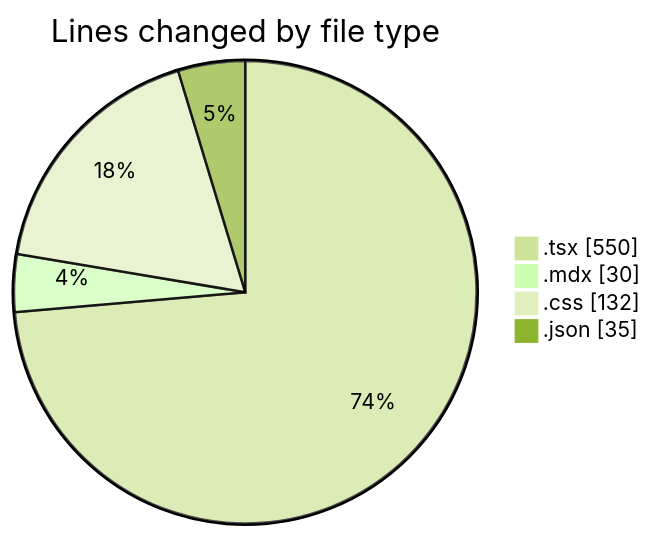
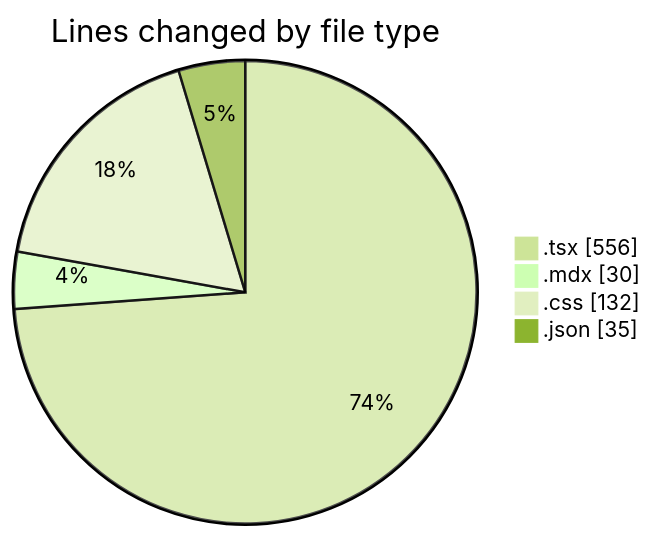
Before and after one commit to Elitesun/code-tracking: the first of 2 diagrams in 2025-05-12/elitesun/README.md, drawn with Mermaid (forest theme). The commit also changed other lines of this file and 1 other file, not shown here.

````diff
--- a/2025-05-12/elitesun/README.md
+++ b/2025-05-12/elitesun/README.md
@@ -25,8 +26,8 @@
 ```mermaid
 pie showData
 title Lines changed by file type
-".tsx" : 550
+".tsx" : 556
 ".mdx" : 30
 ".css" : 132
 ".json" : 35
 ```
````
